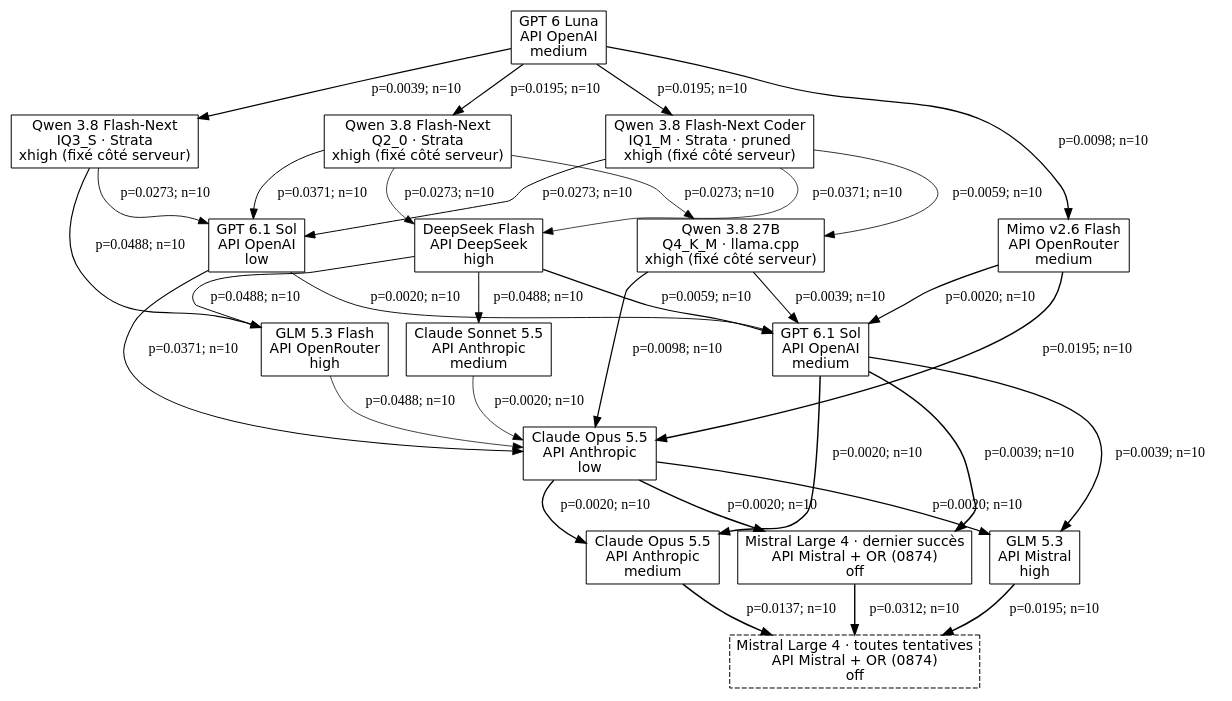
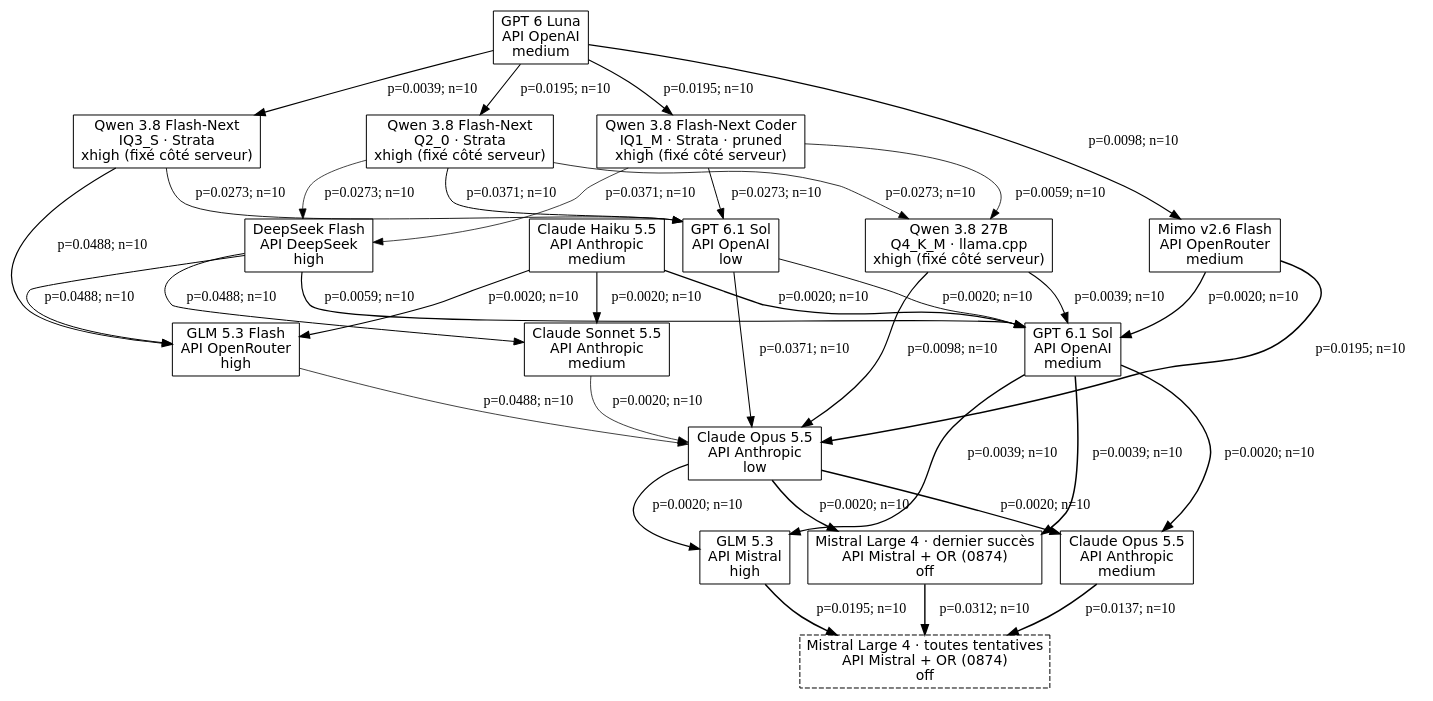
Before and after one commit to MinhHaDuong/ImperialDragonHarness: the diagram in docs/tournament-graphs/cost_usd.dot, drawn with Graphviz. The commit also changed 32 other files, not shown here.

```diff
--- a/docs/tournament-graphs/cost_usd.dot
+++ b/docs/tournament-graphs/cost_usd.dot
@@ -1,52 +1,56 @@
 digraph G {
 rankdir=TB;
 node [shape=box, fontname="DejaVu Sans"];
 a [label="Qwen 3.8 27B\nQ4_K_M · llama.cpp\nxhigh (fixé côté serveur)"];
 b [label="Qwen 3.8 Flash-Next Coder\nIQ1_M · Strata · pruned\nxhigh (fixé côté serveur)"];
 b2 [label="Qwen 3.8 Flash-Next\nIQ3_S · Strata\nxhigh (fixé côté serveur)"];
 b3 [label="Qwen 3.8 Flash-Next\nQ2_0 · Strata\nxhigh (fixé côté serveur)"];
 d [label="Claude Opus 5.5\nAPI Anthropic\nmedium"];
 d2 [label="Claude Opus 5.5\nAPI Anthropic\nlow"];
 e2 [label="GPT 6.1 Sol\nAPI OpenAI\nlow"];
 e3 [label="GPT 6.1 Sol\nAPI OpenAI\nmedium"];
 f [label="GLM 5.3\nAPI Mistral\nhigh"];
 g [label="Claude Sonnet 5.5\nAPI Anthropic\nmedium"];
 i [label="DeepSeek Flash\nAPI DeepSeek\nhigh"];
 j [label="GLM 5.3 Flash\nAPI OpenRouter\nhigh"];
 k [label="Mimo v2.6 Flash\nAPI OpenRouter\nmedium"];
 l [label="GPT 6 Luna\nAPI OpenAI\nmedium"];
 mi [label="Mistral Large 4 · dernier succès\nAPI Mistral + OR (0874)\noff"];
 mr [label="Mistral Large 4 · toutes tentatives\nAPI Mistral + OR (0874)\noff", style="dashed"];
-a -> d2 [label="p=0.0098; n=10", penwidth=1.214];
-a -> e3 [label="p=0.0039; n=10", penwidth=1.099];
-b -> a [label="p=0.0059; n=10", penwidth=0.800];
-b -> e2 [label="p=0.0273; n=10", penwidth=0.987];
-b -> i [label="p=0.0371; n=10", penwidth=0.733];
-b2 -> e2 [label="p=0.0273; n=10", penwidth=0.873];
-b2 -> j [label="p=0.0488; n=10", penwidth=1.161];
-b3 -> a [label="p=0.0273; n=10", penwidth=0.794];
-b3 -> e2 [label="p=0.0371; n=10", penwidth=0.981];
-b3 -> i [label="p=0.0273; n=10", penwidth=0.727];
-d -> mr [label="p=0.0137; n=10", penwidth=1.469];
-d2 -> d [label="p=0.0020; n=10", penwidth=1.342];
-d2 -> f [label="p=0.0020; n=10", penwidth=1.203];
-d2 -> mi [label="p=0.0020; n=10", penwidth=1.422];
-e2 -> d2 [label="p=0.0371; n=10", penwidth=1.027];
-e2 -> e3 [label="p=0.0020; n=10", penwidth=0.912];
-e3 -> d [label="p=0.0020; n=10", penwidth=1.457];
-e3 -> f [label="p=0.0039; n=10", penwidth=1.318];
+n [label="Claude Haiku 5.5\nAPI Anthropic\nmedium"];
+a -> d2 [label="p=0.0098; n=10", penwidth=1.221];
+a -> e3 [label="p=0.0039; n=10", penwidth=1.105];
+b -> a [label="p=0.0059; n=10", penwidth=0.803];
+b -> e2 [label="p=0.0273; n=10", penwidth=0.992];
+b -> i [label="p=0.0371; n=10", penwidth=0.736];
+b2 -> e2 [label="p=0.0273; n=10", penwidth=0.877];
+b2 -> j [label="p=0.0488; n=10", penwidth=1.168];
+b3 -> a [label="p=0.0273; n=10", penwidth=0.798];
+b3 -> e2 [label="p=0.0371; n=10", penwidth=0.986];
+b3 -> i [label="p=0.0273; n=10", penwidth=0.730];
+d -> mr [label="p=0.0137; n=10", penwidth=1.479];
+d2 -> d [label="p=0.0020; n=10", penwidth=1.351];
+d2 -> f [label="p=0.0020; n=10", penwidth=1.210];
+d2 -> mi [label="p=0.0020; n=10", penwidth=1.432];
+e2 -> d2 [label="p=0.0371; n=10", penwidth=1.033];
+e2 -> e3 [label="p=0.0020; n=10", penwidth=0.916];
+e3 -> d [label="p=0.0020; n=10", penwidth=1.467];
+e3 -> f [label="p=0.0039; n=10", penwidth=1.326];
 e3 -> mi [label="p=0.0039; n=10", penwidth=1.500];
 f -> mr [label="p=0.0195; n=10", penwidth=1.500];
-g -> d2 [label="p=0.0020; n=10", penwidth=0.743];
-i -> e3 [label="p=0.0059; n=10", penwidth=1.166];
-i -> g [label="p=0.0488; n=10", penwidth=0.988];
-i -> j [label="p=0.0488; n=10", penwidth=0.991];
-j -> d2 [label="p=0.0488; n=10", penwidth=0.740];
-k -> d2 [label="p=0.0195; n=10", penwidth=1.408];
-k -> e3 [label="p=0.0020; n=10", penwidth=1.293];
-l -> b [label="p=0.0195; n=10", penwidth=1.122];
-l -> b2 [label="p=0.0039; n=10", penwidth=1.235];
-l -> b3 [label="p=0.0195; n=10", penwidth=1.127];
-l -> k [label="p=0.0098; n=10", penwidth=1.277];
-mi -> mr [label="p=0.0312; n=10", penwidth=1.389];
+g -> d2 [label="p=0.0020; n=10", penwidth=0.746];
+i -> e3 [label="p=0.0059; n=10", penwidth=1.173];
+i -> g [label="p=0.0488; n=10", penwidth=0.993];
+i -> j [label="p=0.0488; n=10", penwidth=0.997];
+j -> d2 [label="p=0.0488; n=10", penwidth=0.742];
+k -> d2 [label="p=0.0195; n=10", penwidth=1.418];
+k -> e3 [label="p=0.0020; n=10", penwidth=1.301];
+l -> b [label="p=0.0195; n=10", penwidth=1.128];
+l -> b2 [label="p=0.0039; n=10", penwidth=1.243];
+l -> b3 [label="p=0.0195; n=10", penwidth=1.134];
+l -> k [label="p=0.0098; n=10", penwidth=1.285];
+mi -> mr [label="p=0.0312; n=10", penwidth=1.398];
+n -> e3 [label="p=0.0020; n=10", penwidth=1.276];
+n -> g [label="p=0.0020; n=10", penwidth=1.096];
+n -> j [label="p=0.0020; n=10", penwidth=1.099];
 }
```
